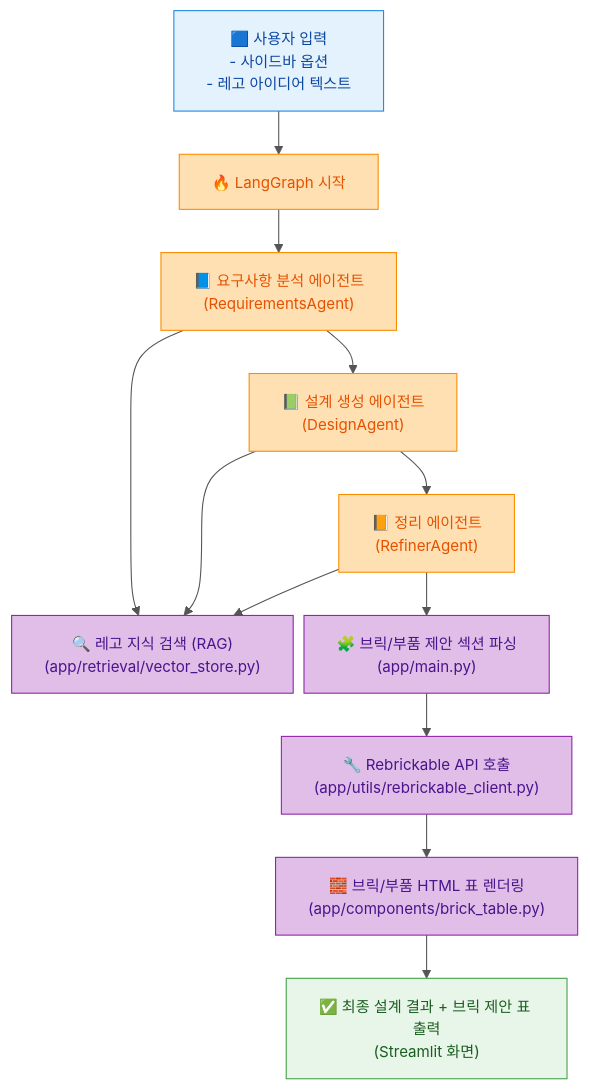
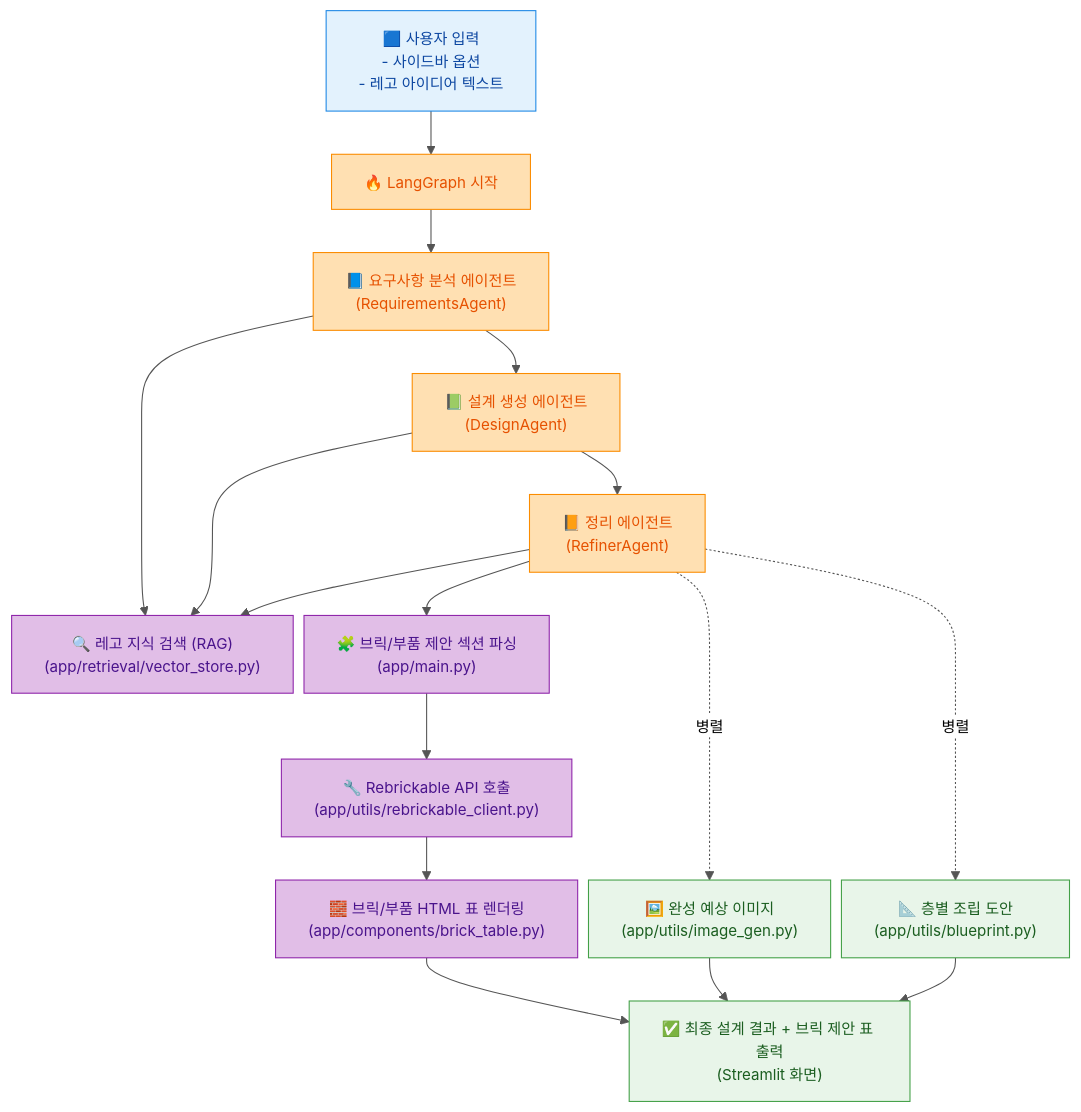
Before and after one commit to pcmola/lego-ai-service: the first of 3 diagrams in README.md, drawn with Mermaid. The commit also changed other lines of this file and 15 other files, not shown here.

````diff
--- a/README.md
+++ b/README.md
@@ -63,46 +90,50 @@
 ```mermaid
 %%{init: {
   "theme": "neutral",
   "background": "white",
   "flowchart": {
     "nodeSpacing": 10,
     "rankSpacing": 40
   },
   "themeVariables": {
     "primaryColor": "#e3f2fd",
     "primaryTextColor": "#111111",
     "lineColor": "#555555",
     "tertiaryColor": "#ffffff",
     "fontSize": "14px"
   }
 }}%%
 flowchart TB
 
     %% ===================== 스타일 정의 =====================
     classDef input fill:#E3F2FD,stroke:#1E88E5,stroke-width:1px,color:#0D47A1;
     classDef agent fill:#FFE0B2,stroke:#FB8C00,stroke-width:1px,color:#E65100;
     classDef rag fill:#E1BEE7,stroke:#8E24AA,stroke-width:1px,color:#4A148C;
     classDef output fill:#E8F5E9,stroke:#43A047,stroke-width:1px,color:#1B5E20;
 
     %% ===================== 노드 정의 =====================
     Input["🟦 사용자 입력<br/>- 사이드바 옵션<br/>- 레고 아이디어 텍스트"]:::input
     Start["🔥 LangGraph 시작"]:::agent
 
     A1["📘 요구사항 분석 에이전트<br/>(RequirementsAgent)"]:::agent
     A2["📗 설계 생성 에이전트<br/>(DesignAgent)"]:::agent
     A3["📙 정리 에이전트<br/>(RefinerAgent)"]:::agent
 
     RAG["🔍 레고 지식 검색 (RAG)<br/>(app/retrieval/vector_store.py)"]:::rag
     P["🧩 브릭/부품 제안 섹션 파싱<br/>(app/main.py)"]:::rag
     Rb["🔧 Rebrickable API 호출<br/>(app/utils/rebrickable_client.py)"]:::rag
     T["🧱 브릭/부품 HTML 표 렌더링<br/>(app/components/brick_table.py)"]:::rag
 
     Out["✅ 최종 설계 결과 + 브릭 제안 표 출력<br/>(Streamlit 화면)"]:::output
+    IMG["🖼️ 완성 예상 이미지<br/>(app/utils/image_gen.py)"]:::output
+    BP["📐 층별 조립 도안<br/>(app/utils/blueprint.py)"]:::output
 
     %% ===================== 플로우 =====================
     Input --> Start --> A1 --> A2 --> A3 --> P --> Rb --> T --> Out
+    A3 -. 병렬 .-> IMG --> Out
+    A3 -. 병렬 .-> BP --> Out
 
     A1 --> RAG
     A2 --> RAG
     A3 --> RAG
 ```
````
